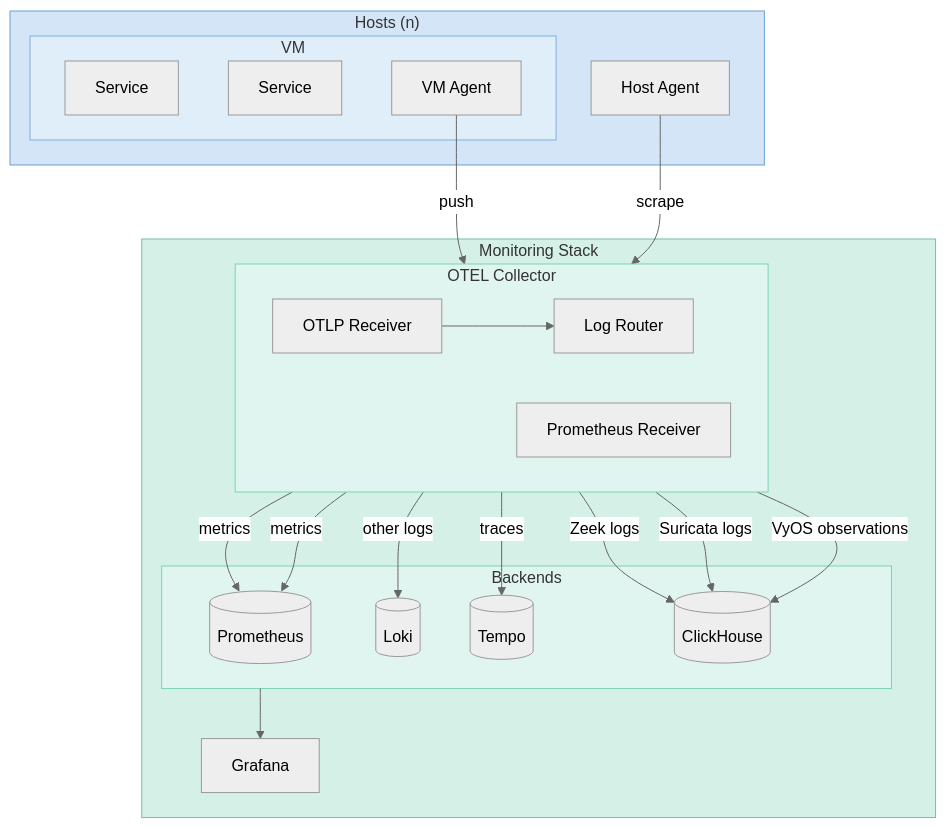
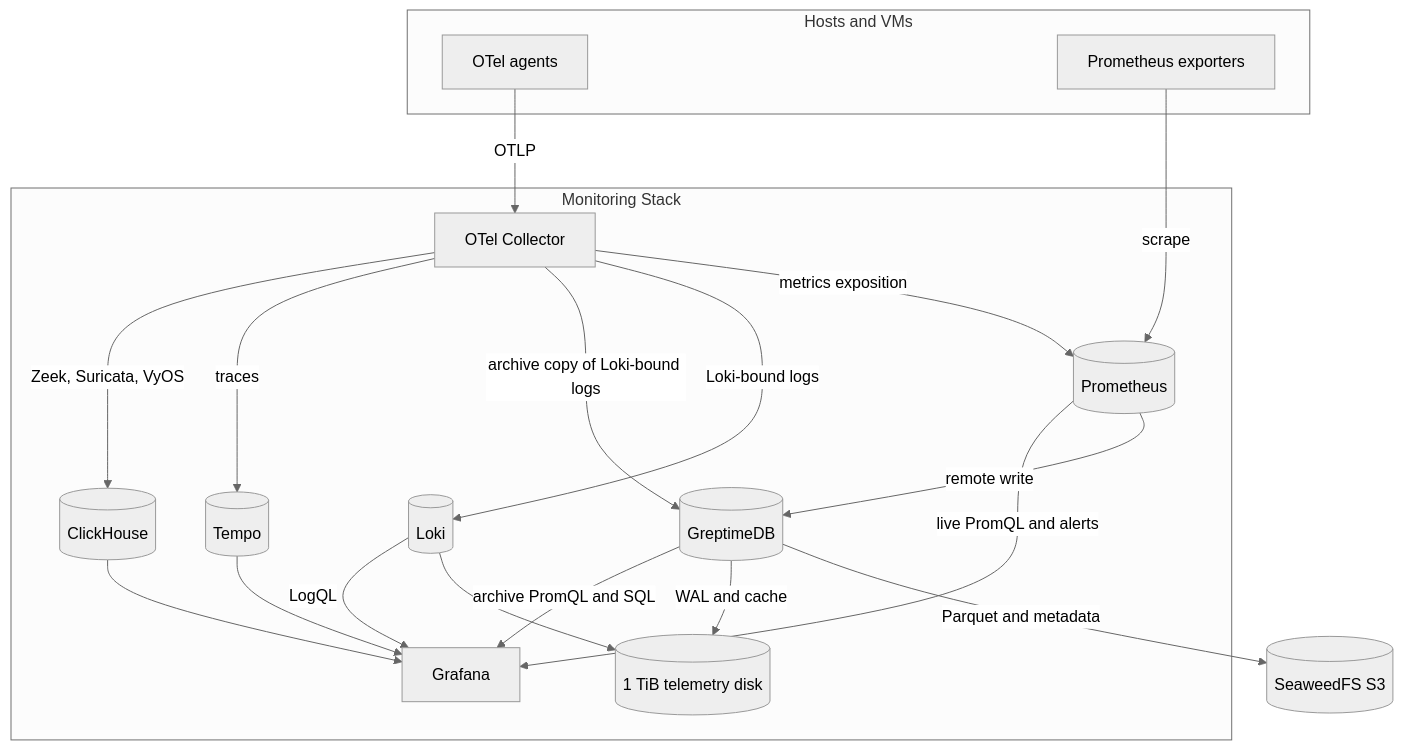
Before and after one commit to shedrachokonofua/aether: the diagram in docs/monitoring.md, drawn with Mermaid (neutral theme). The commit also changed other lines of this file and 12 other files, not shown here.

First line of the commit message:
monitoring: move telemetry archive off root disk

````diff
--- a/docs/monitoring.md
+++ b/docs/monitoring.md
@@ -7,48 +7,37 @@
 ```mermaid
 flowchart TB
-    subgraph Hosts["Hosts (n)"]
-        Exporter["Host Agent"]
-        subgraph VM["VM"]
-            App1["Service"]
-            App2["Service"]
-            Agent["VM Agent"]
-        end
+    subgraph Hosts["Hosts and VMs"]
+        Agent["OTel agents"]
+        Exporters["Prometheus exporters"]
     end
 
-    Agent -->|push| OTLP
-    Exporter -->|scrape| PromRx
-
     subgraph Niobe["Monitoring Stack"]
-        subgraph Collector["OTEL Collector"]
-            direction LR
-            OTLP["OTLP Receiver"]
-            PromRx["Prometheus Receiver"]
-            Router["Log Router"]
-        end
-
-        subgraph Backends["Backends"]
-            Prometheus[(Prometheus)]
-            Loki[(Loki)]
-            Tempo[(Tempo)]
-            ClickHouse[(ClickHouse)]
-        end
-
+        Collector["OTel Collector"]
+        Prometheus[(Prometheus)]
+        Loki[(Loki)]
+        Tempo[(Tempo)]
+        ClickHouse[(ClickHouse)]
+        Greptime[(GreptimeDB)]
         Grafana[Grafana]
+        TelemetryDisk[("1 TiB telemetry disk")]
     end
 
-    OTLP --> Router
-    Router -->|Zeek logs| ClickHouse
-    Router -->|Suricata logs| ClickHouse
-    Router -->|VyOS observations| ClickHouse
-    Router -->|other logs| Loki
-    OTLP -->|metrics| Prometheus
-    OTLP -->|traces| Tempo
-    PromRx -->|metrics| Prometheus
-    Backends --> Grafana
+    SeaweedFS[(SeaweedFS S3)]
 
-    style Hosts fill:#d4e5f7,stroke:#6a9fd4
-    style VM fill:#e0eefa,stroke:#7ab0e0
-    style Niobe fill:#d4f0e7,stroke:#6ac4a0
-    style Collector fill:#e0f5ef,stroke:#7ad4b0
-    style Backends fill:#e0f5ef,stroke:#7ad4b0
+    Agent -->|OTLP| Collector
+    Exporters -->|scrape| Prometheus
+    Collector -->|metrics exposition| Prometheus
+    Collector -->|Loki-bound logs| Loki
+    Collector -->|archive copy of Loki-bound logs| Greptime
+    Collector -->|traces| Tempo
+    Collector -->|Zeek, Suricata, VyOS| ClickHouse
+    Prometheus -->|remote write| Greptime
+    Greptime -->|Parquet and metadata| SeaweedFS
+    Loki --> TelemetryDisk
+    Greptime -->|WAL and cache| TelemetryDisk
+    Prometheus -->|live PromQL and alerts| Grafana
+    Loki -->|LogQL| Grafana
+    Tempo --> Grafana
+    ClickHouse --> Grafana
+    Greptime -->|archive PromQL and SQL| Grafana
 ```
````
